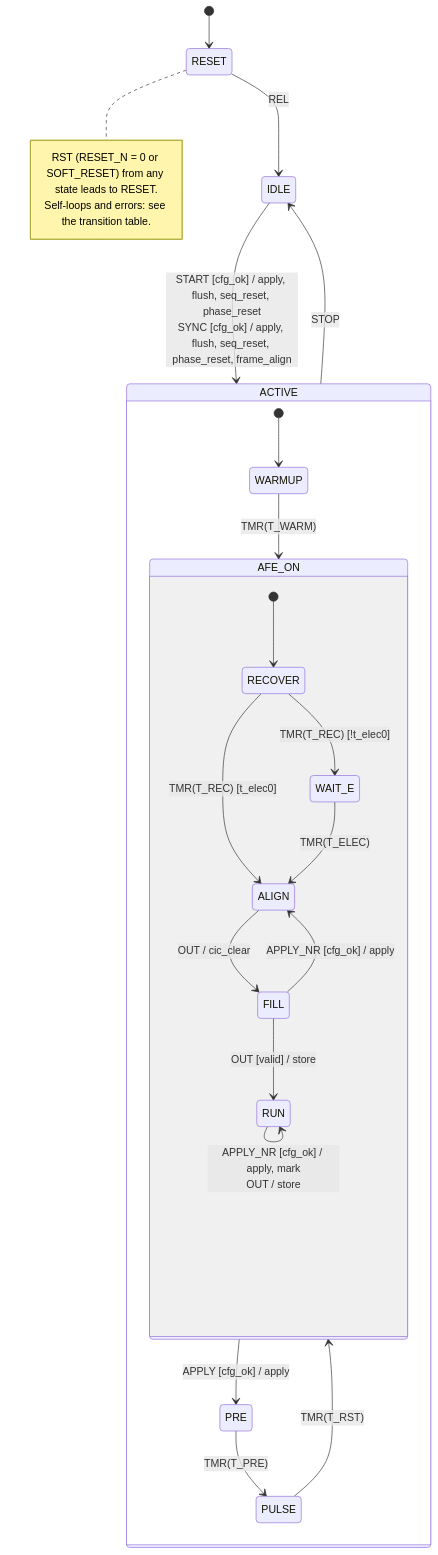
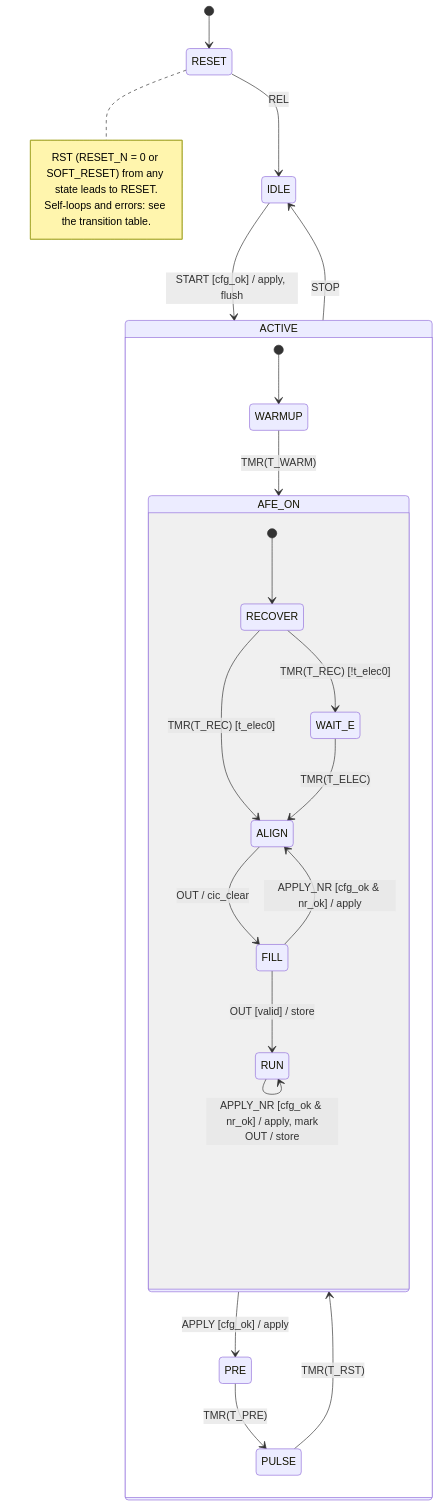
One commit to Kosei-HATA/First_Tapeout_2026 changed the diagram in first_tapeout_eeg/gf180/tapeout/rtl/spec/seq_fsm.mmd. Above: the diagram before and after it, drawn with Mermaid. The commit also changed 5 other files, not shown here.

```diff
--- a/first_tapeout_eeg/gf180/tapeout/rtl/spec/seq_fsm.mmd
+++ b/first_tapeout_eeg/gf180/tapeout/rtl/spec/seq_fsm.mmd
@@ -1,37 +1,37 @@
 stateDiagram-v2
     %% sequencer (generated by gf180/tapeout/rtl/spec/fsm_spec.py; do not edit by hand)
     [*] --> RESET
     RESET
     IDLE
     state ACTIVE {
         [*] --> WARMUP
         WARMUP
         PRE
         PULSE
         state AFE_ON {
             [*] --> RECOVER
             RECOVER
             WAIT_E
             ALIGN
             FILL
             RUN
             RECOVER --> ALIGN : TMR(T_REC) [t_elec0]
             RECOVER --> WAIT_E : TMR(T_REC) [!t_elec0]
             WAIT_E --> ALIGN : TMR(T_ELEC)
             ALIGN --> FILL : OUT / cic_clear
-            FILL --> ALIGN : APPLY_NR [cfg_ok] / apply
+            FILL --> ALIGN : APPLY_NR [cfg_ok & nr_ok] / apply
             FILL --> RUN : OUT [valid] / store
-            RUN --> RUN : APPLY_NR [cfg_ok] / apply, mark<br/>OUT / store
+            RUN --> RUN : APPLY_NR [cfg_ok & nr_ok] / apply, mark<br/>OUT / store
         }
         AFE_ON --> PRE : APPLY [cfg_ok] / apply
         WARMUP --> AFE_ON : TMR(T_WARM)
         PRE --> PULSE : TMR(T_PRE)
         PULSE --> AFE_ON : TMR(T_RST)
     }
     ACTIVE --> IDLE : STOP
     RESET --> IDLE : REL
-    IDLE --> ACTIVE : START [cfg_ok] / apply, flush, seq_reset, phase_reset<br/>SYNC [cfg_ok] / apply, flush, seq_reset, phase_reset, frame_align
+    IDLE --> ACTIVE : START [cfg_ok] / apply, flush
     note right of RESET
         RST (RESET_N = 0 or SOFT_RESET) from any state leads to RESET.
         Self-loops and errors: see the transition table.
     end note
```
